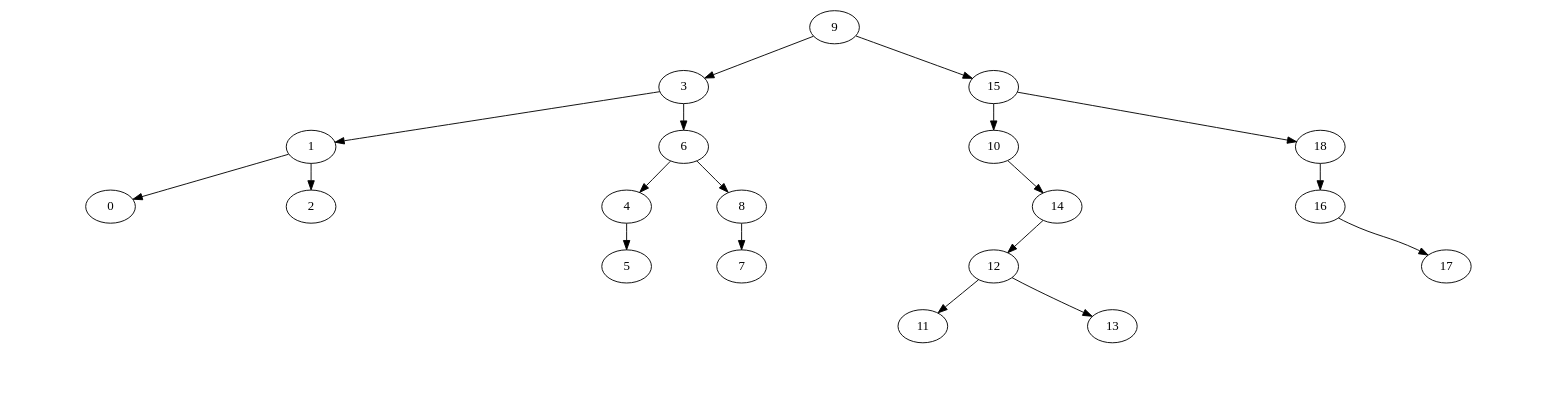
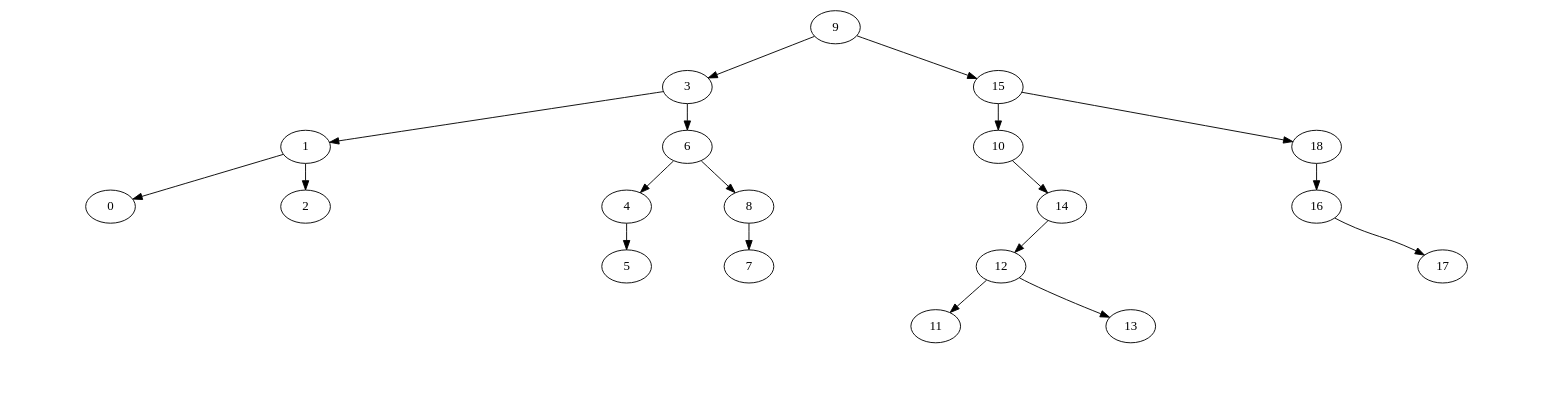
The diagram in FASE 2/Grafico/3000_ArbolCapas.dot (Serch-ING/EDD_UDRAWING_202000119), drawn with Graphviz before and after one commit. The commit also changed 44 other files, not shown here.

```diff
--- a/FASE 2/Grafico/3000_ArbolCapas.dot
+++ b/FASE 2/Grafico/3000_ArbolCapas.dot
@@ -1,62 +1,62 @@
 digraph G {
 nodesep=0; 
 ranksep=0.4;
 9-> 3
 3-> 1
 1-> 0
-Invisible1398732626[style=invis];
-0-> Invisible1398732626[arrowsize=0 style= invisible] 
-Invisible1398732626[style=invis];
-0-> Invisible1398732626[arrowsize=0 style= invisible] 
+Invisible1482985602[style=invis];
+0-> Invisible1482985602[arrowsize=0 style= invisible] 
+Invisible1482985602[style=invis];
+0-> Invisible1482985602[arrowsize=0 style= invisible] 
 1-> 2
-Invisible1973437967[style=invis];
-2-> Invisible1973437967[arrowsize=0 style= invisible] 
-Invisible1973437967[style=invis];
-2-> Invisible1973437967[arrowsize=0 style= invisible] 
+Invisible324055047[style=invis];
+2-> Invisible324055047[arrowsize=0 style= invisible] 
+Invisible324055047[style=invis];
+2-> Invisible324055047[arrowsize=0 style= invisible] 
 3-> 6
 6-> 4
-Invisible793561326[style=invis];
-4-> Invisible793561326[arrowsize=0 style= invisible] 
+Invisible1601423622[style=invis];
+4-> Invisible1601423622[arrowsize=0 style= invisible] 
 4-> 5
-Invisible618993500[style=invis];
-5-> Invisible618993500[arrowsize=0 style= invisible] 
-Invisible618993500[style=invis];
-5-> Invisible618993500[arrowsize=0 style= invisible] 
+Invisible1451449798[style=invis];
+5-> Invisible1451449798[arrowsize=0 style= invisible] 
+Invisible1451449798[style=invis];
+5-> Invisible1451449798[arrowsize=0 style= invisible] 
 6-> 8
 8-> 7
-Invisible2457845[style=invis];
-7-> Invisible2457845[arrowsize=0 style= invisible] 
-Invisible2457845[style=invis];
-7-> Invisible2457845[arrowsize=0 style= invisible] 
-Invisible2000830144[style=invis];
-8-> Invisible2000830144[arrowsize=0 style= invisible] 
+Invisible715073300[style=invis];
+7-> Invisible715073300[arrowsize=0 style= invisible] 
+Invisible715073300[style=invis];
+7-> Invisible715073300[arrowsize=0 style= invisible] 
+Invisible1020885704[style=invis];
+8-> Invisible1020885704[arrowsize=0 style= invisible] 
 9-> 15
 15-> 10
-Invisible1040221054[style=invis];
-10-> Invisible1040221054[arrowsize=0 style= invisible] 
+Invisible2099490732[style=invis];
+10-> Invisible2099490732[arrowsize=0 style= invisible] 
 10-> 14
 14-> 12
 12-> 11
-Invisible852700181[style=invis];
-11-> Invisible852700181[arrowsize=0 style= invisible] 
-Invisible852700181[style=invis];
-11-> Invisible852700181[arrowsize=0 style= invisible] 
+Invisible830644387[style=invis];
+11-> Invisible830644387[arrowsize=0 style= invisible] 
+Invisible830644387[style=invis];
+11-> Invisible830644387[arrowsize=0 style= invisible] 
 12-> 13
-Invisible509423762[style=invis];
-13-> Invisible509423762[arrowsize=0 style= invisible] 
-Invisible509423762[style=invis];
-13-> Invisible509423762[arrowsize=0 style= invisible] 
-Invisible2022685095[style=invis];
-14-> Invisible2022685095[arrowsize=0 style= invisible] 
+Invisible1660327424[style=invis];
+13-> Invisible1660327424[arrowsize=0 style= invisible] 
+Invisible1660327424[style=invis];
+13-> Invisible1660327424[arrowsize=0 style= invisible] 
+Invisible361672620[style=invis];
+14-> Invisible361672620[arrowsize=0 style= invisible] 
 15-> 18
 18-> 16
-Invisible1118756539[style=invis];
-16-> Invisible1118756539[arrowsize=0 style= invisible] 
+Invisible1974484094[style=invis];
+16-> Invisible1974484094[arrowsize=0 style= invisible] 
 16-> 17
-Invisible1765204351[style=invis];
-17-> Invisible1765204351[arrowsize=0 style= invisible] 
-Invisible1765204351[style=invis];
-17-> Invisible1765204351[arrowsize=0 style= invisible] 
-Invisible504927595[style=invis];
-18-> Invisible504927595[arrowsize=0 style= invisible] 
+Invisible1368591827[style=invis];
+17-> Invisible1368591827[arrowsize=0 style= invisible] 
+Invisible1368591827[style=invis];
+17-> Invisible1368591827[arrowsize=0 style= invisible] 
+Invisible117688183[style=invis];
+18-> Invisible117688183[arrowsize=0 style= invisible] 
 }
```
